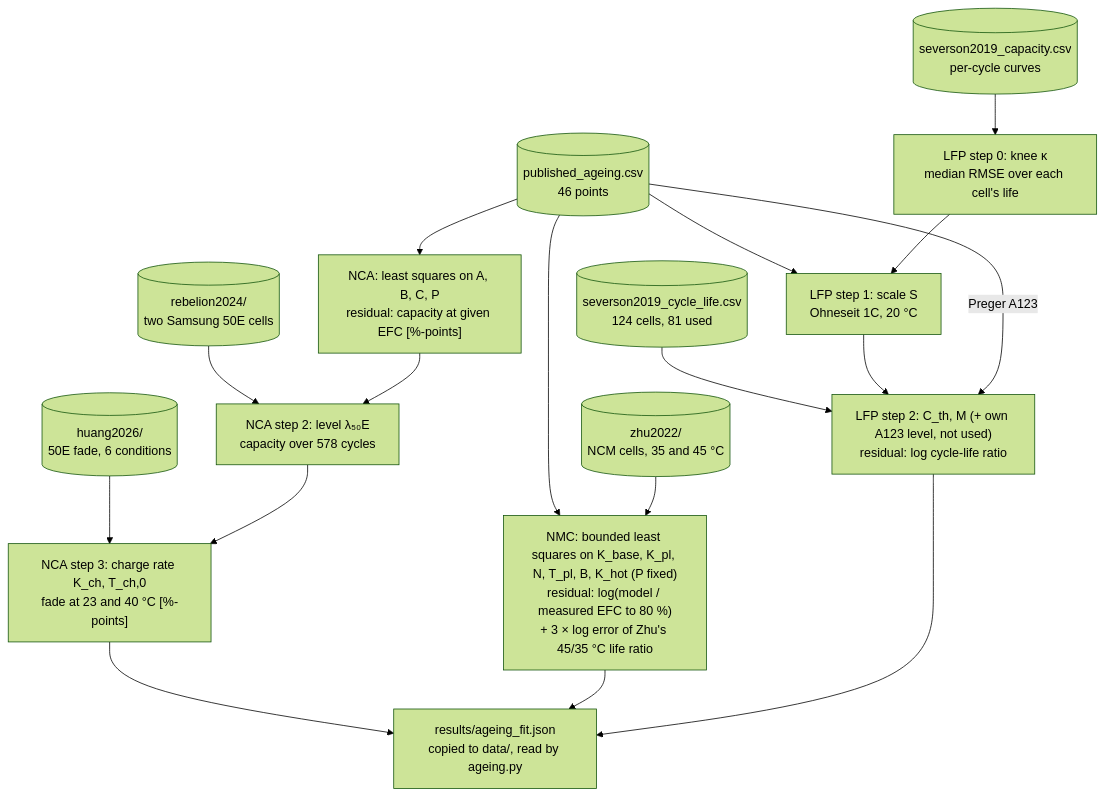
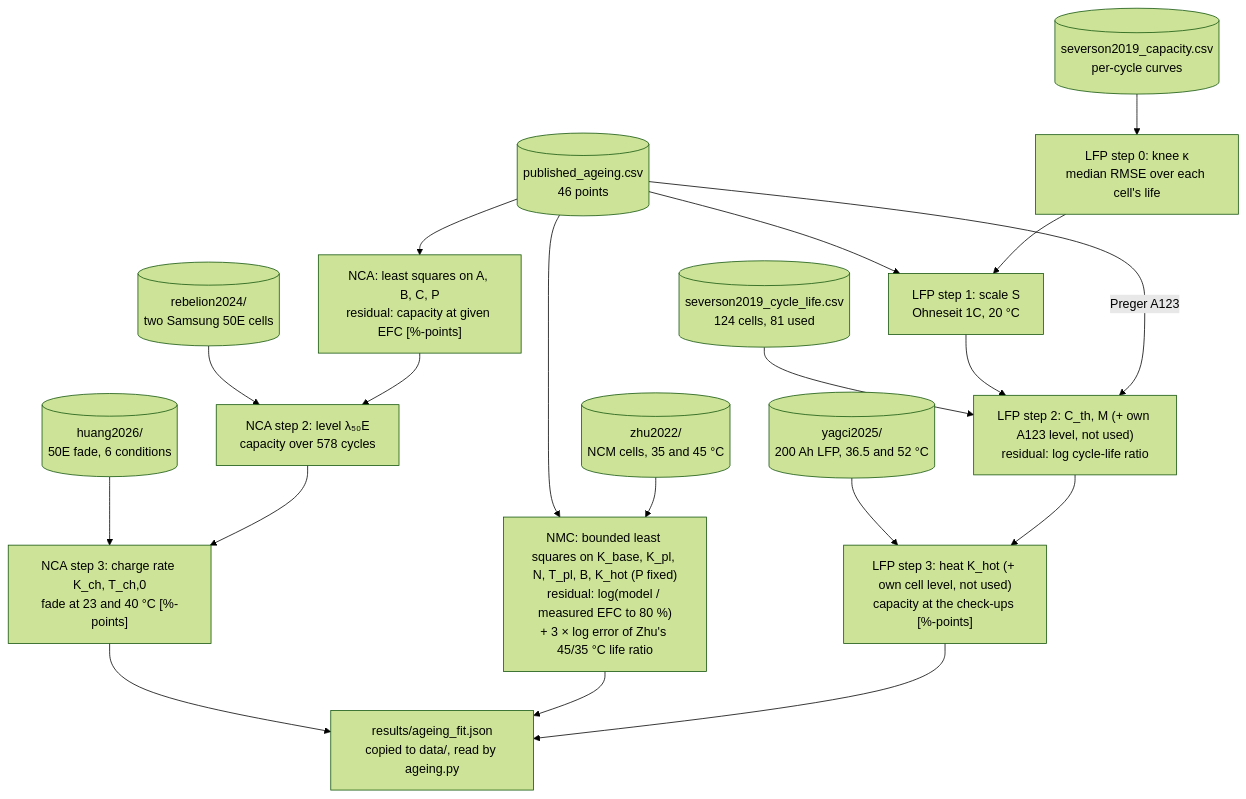
Before and after one commit to TheJohn01/DigitalTwinBattery: the seventh of 12 diagrams in README.md, drawn with Mermaid (forest theme). The commit also changed other lines of this file and 13 other files, not shown here.

````diff
--- a/README.md
+++ b/README.md
@@ -1195,24 +1202,26 @@
 ```mermaid
 flowchart TD
     CSV[("published_ageing.csv<br/>46 points")] --> NCA
     CSV --> NMC
     CSV --> LFP1
     SEV[("severson2019_cycle_life.csv<br/>124 cells, 81 used")] --> LFP2
     CUR[("severson2019_capacity.csv<br/>per-cycle curves")] --> LFP0
     LFP0["LFP step 0: knee κ<br/>median RMSE over each cell's life"]
     LFP0 --> LFP1
     NCA["NCA: least squares on A, B, C, P<br/>residual: capacity at given EFC [%-points]"]
     ZHU[("zhu2022/<br/>NCM cells, 35 and 45 °C")] --> NMC
     NMC["NMC: bounded least squares on K_base, K_pl, N, T_pl, B, K_hot (P fixed)<br/>residual: log(model / measured EFC to 80 %)<br/>+ 3 × log error of Zhu's 45/35 °C life ratio"]
     LFP1["LFP step 1: scale S<br/>Ohneseit 1C, 20 °C"]
     LFP2["LFP step 2: C_th, M (+ own A123 level, not used)<br/>residual: log cycle-life ratio"]
     LFP1 --> LFP2
     CSV -- "Preger A123" --> LFP2
+    YAG[("yagci2025/<br/>200 Ah LFP, 36.5 and 52 °C")] --> LFP3
+    LFP2 --> LFP3["LFP step 3: heat K_hot (+ own cell level, not used)<br/>capacity at the check-ups [%-points]"]
     REB[("rebelion2024/<br/>two Samsung 50E cells")] --> NCA2
     NCA --> NCA2["NCA step 2: level λ₅₀E<br/>capacity over 578 cycles"]
     HUA[("huang2026/<br/>50E fade, 6 conditions")] --> NCA3
     NCA2 --> NCA3["NCA step 3: charge rate K_ch, T_ch,0<br/>fade at 23 and 40 °C [%-points]"]
     NCA3 --> OUT["results/ageing_fit.json<br/>copied to data/, read by ageing.py"]
     NMC --> OUT
-    LFP2 --> OUT
+    LFP3 --> OUT
 ```
````
